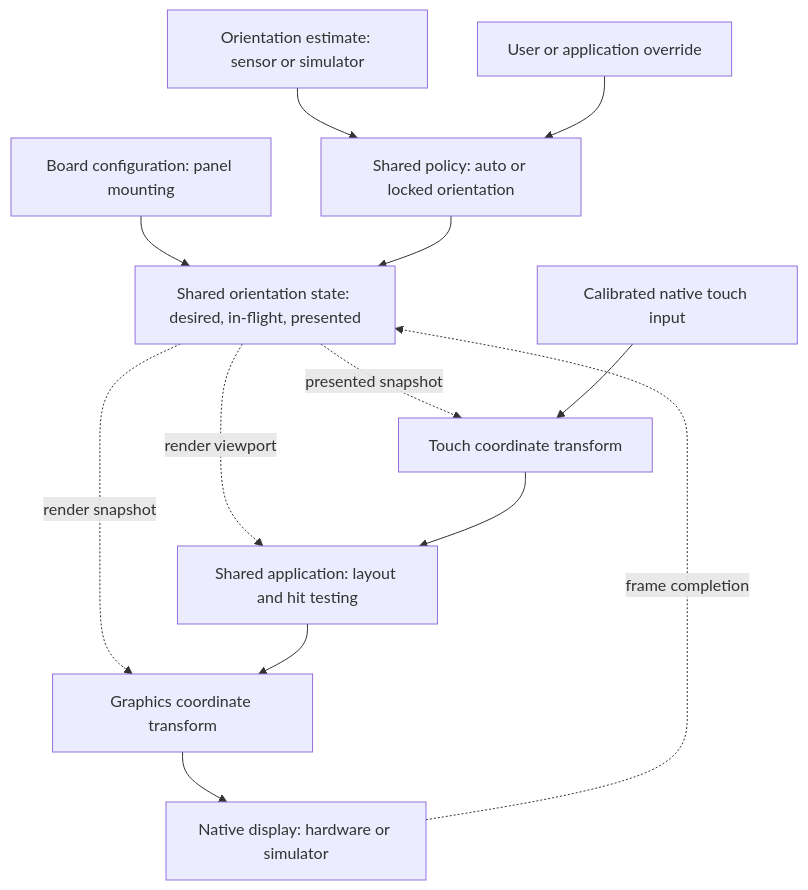
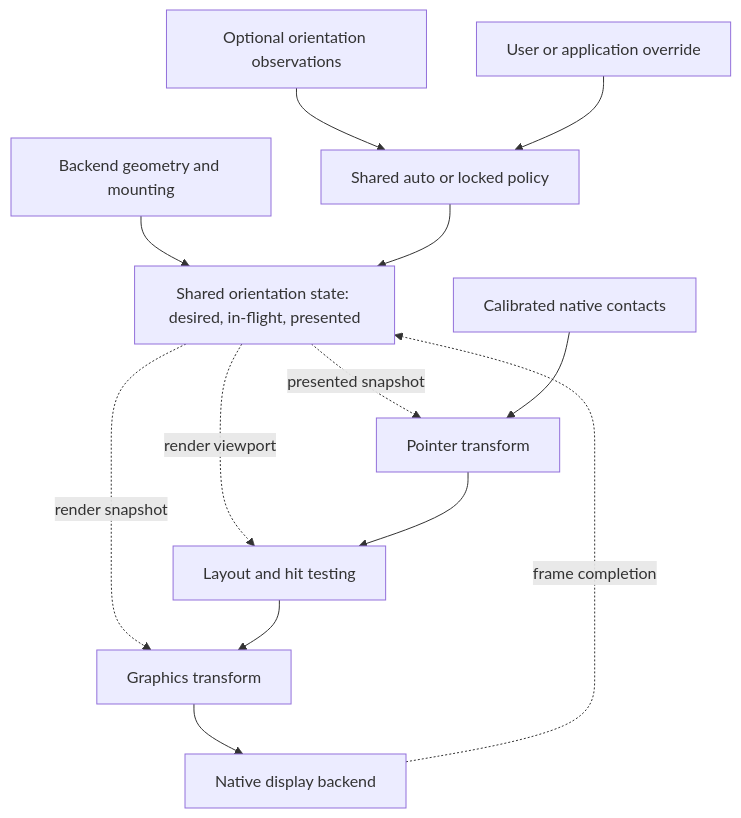
One commit to robarnold/paper-mesh-a changed the second of 2 diagrams in docs/architecture.md. Above: the diagram before and after it, drawn with Mermaid. The commit also changed other lines of this file and 10 other files, not shown here.

````diff
--- a/docs/architecture.md
+++ b/docs/architecture.md
@@ -21,15 +116,15 @@
 ```mermaid
 flowchart TD
-    Mount[Board configuration: panel mounting] --> Orientation[Shared orientation state: desired, in-flight, presented]
-    Estimate[Orientation estimate: sensor or simulator] --> Policy[Shared policy: auto or locked orientation]
+    Geometry[Backend geometry and mounting] --> Orientation[Shared orientation state: desired, in-flight, presented]
+    Estimate[Optional orientation observations] --> Policy[Shared auto or locked policy]
     Override[User or application override] --> Policy
     Policy --> Orientation
-    Orientation -. render viewport .-> App[Shared application: layout and hit testing]
-    Orientation -. render snapshot .-> Output[Graphics coordinate transform]
-    Orientation -. presented snapshot .-> Input[Touch coordinate transform]
-    Touch[Calibrated native touch input] --> Input
+    Orientation -. render viewport .-> App[Layout and hit testing]
+    Orientation -. render snapshot .-> Output[Graphics transform]
+    Orientation -. presented snapshot .-> Input[Pointer transform]
+    Touch[Calibrated native contacts] --> Input
     Input --> App
     App --> Output
-    Output --> Native[Native display: hardware or simulator]
+    Output --> Native[Native display backend]
     Native -. frame completion .-> Orientation
 ```
````
